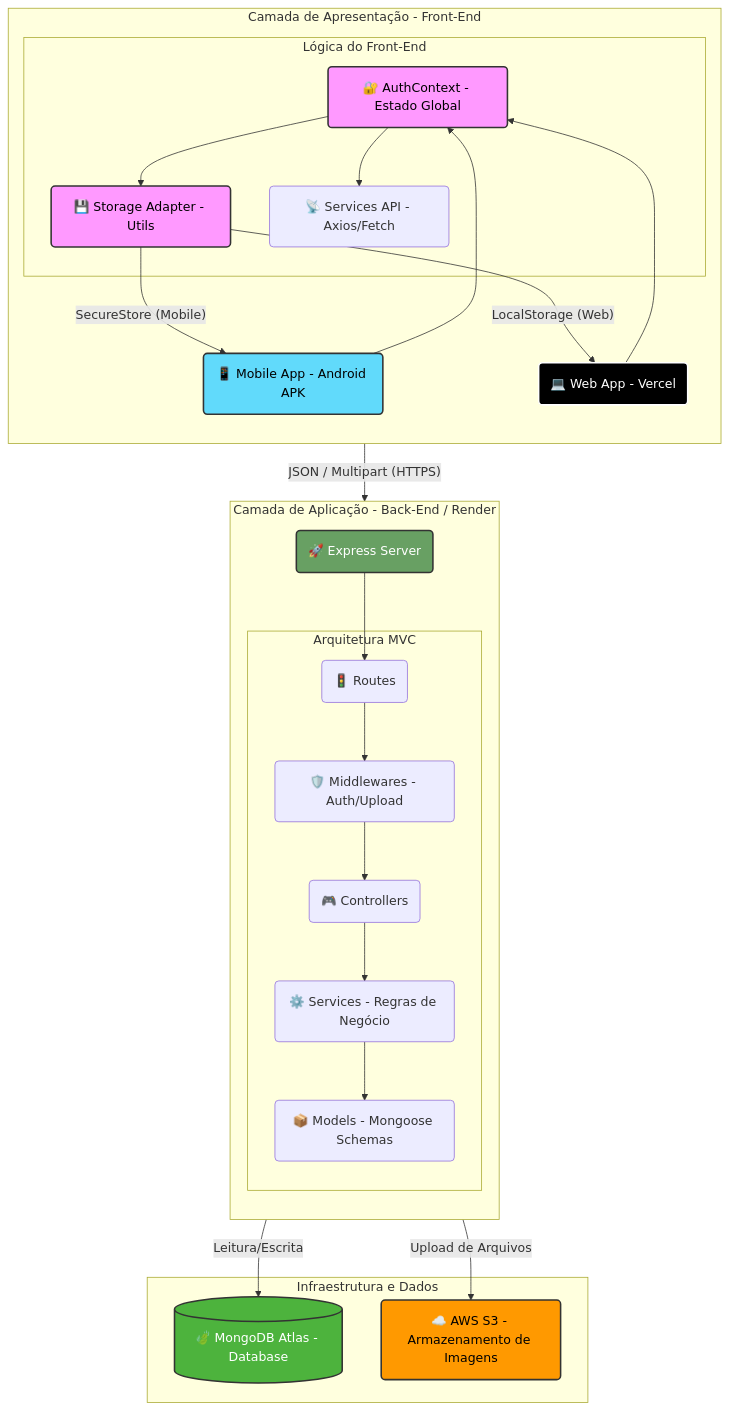
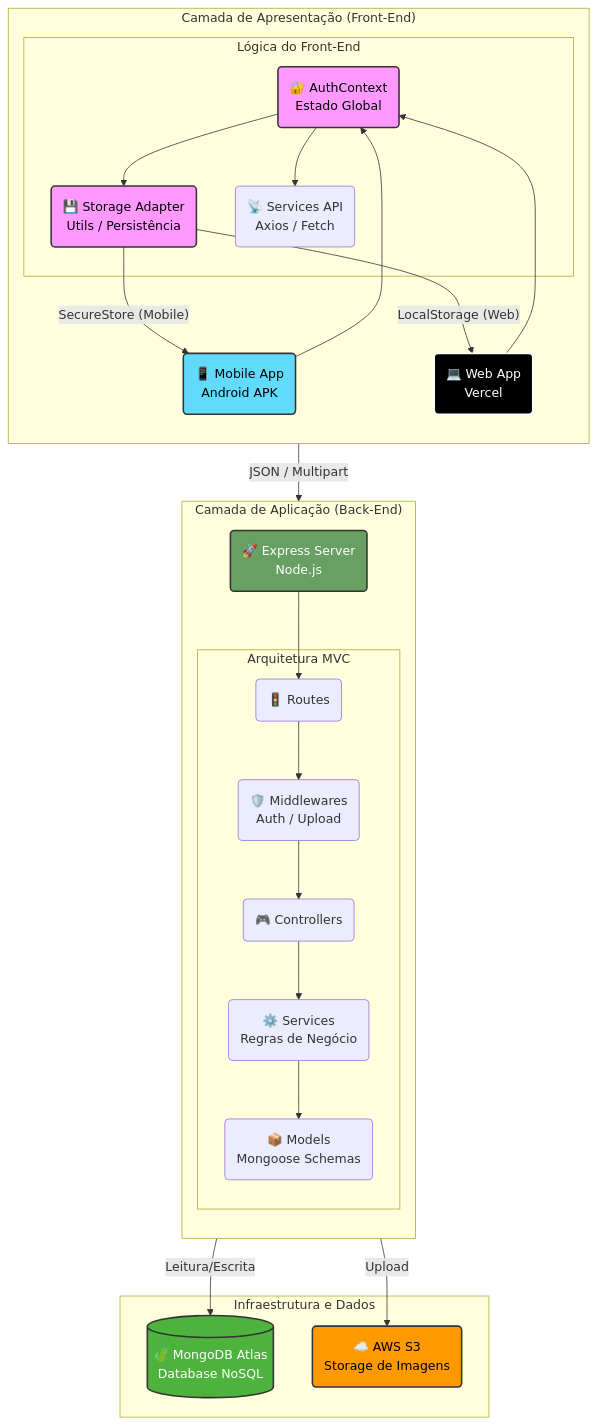
One commit to RNanWP/TCC4-Learnify-RnMobile-FullStack changed the first of 2 diagrams in README.md. Above: the diagram before and after it, drawn with Mermaid. The commit also changed other lines of this file, not shown here.

Commit message:
Feat: Atualizando graph

````diff
--- a/README.md
+++ b/README.md
@@ -78,62 +82,62 @@
 ```mermaid
     graph TD
     %% Estilos dos nós
     classDef mobile fill:#61DAFB,stroke:#333,stroke-width:2px,color:black;
     classDef web fill:#000,stroke:#fff,stroke-width:2px,color:white;
     classDef backend fill:#68A063,stroke:#333,stroke-width:2px,color:white;
     classDef db fill:#4DB33D,stroke:#333,stroke-width:2px,color:white;
     classDef cloud fill:#FF9900,stroke:#333,stroke-width:2px,color:black;
     classDef context fill:#f9f,stroke:#333,stroke-width:2px,color:black;
 
-    subgraph Clientes ["Camada de Apresentação - Front-End"]
+    subgraph Clientes ["Camada de Apresentação (Front-End)"]
         direction TB
-        MobileApp(📱 Mobile App - Android APK):::mobile
-        WebApp(💻 Web App - Vercel):::web
+        MobileApp(📱 Mobile App<br/>Android APK):::mobile
+        WebApp(💻 Web App<br/>Vercel):::web
 
         subgraph Core ["Lógica do Front-End"]
-            AuthCtx(🔐 AuthContext - Estado Global):::context
-            Storage(💾 Storage Adapter - Utils):::context
-            Axios(📡 Services API - Axios/Fetch)
+            AuthContext(🔐 AuthContext<br/>Estado Global):::context
+            Storage(💾 Storage Adapter<br/>Utils / Persistência):::context
+            Axios(📡 Services API<br/>Axios / Fetch)
         end
     end
 
-    subgraph Servidor ["Camada de Aplicação - Back-End / Render"]
+    subgraph Servidor ["Camada de Aplicação (Back-End)"]
         direction TB
-        API(🚀 Express Server):::backend
+        API(🚀 Express Server<br/>Node.js):::backend
 
         subgraph MVC ["Arquitetura MVC"]
             Router(🚦 Routes)
-            Middlewares(🛡️ Middlewares - Auth/Upload)
+            Middlewares(🛡️ Middlewares<br/>Auth / Upload)
             Controllers(🎮 Controllers)
-            Services(⚙️ Services - Regras de Negócio)
-            Models(📦 Models - Mongoose Schemas)
+            Services(⚙️ Services<br/>Regras de Negócio)
+            Models(📦 Models<br/>Mongoose Schemas)
         end
     end
 
     subgraph Infra ["Infraestrutura e Dados"]
-        MongoDB[(🍃 MongoDB Atlas - Database)]:::db
-        AWS_S3(☁️ AWS S3 - Armazenamento de Imagens):::cloud
+        MongoDB[(🍃 MongoDB Atlas<br/>Database NoSQL)]:::db
+        AWS_S3(☁️ AWS S3<br/>Storage de Imagens):::cloud
     end
 
     %% Relacionamentos
-    MobileApp --> AuthCtx
-    WebApp --> AuthCtx
+    MobileApp --> AuthContext
+    WebApp --> AuthContext
 
-    AuthCtx --> Storage
-    AuthCtx --> Axios
+    AuthContext --> Storage
+    AuthContext --> Axios
 
     Storage -- "SecureStore (Mobile)" --> MobileApp
     Storage -- "LocalStorage (Web)" --> WebApp
 
-    Axios -- "JSON / Multipart (HTTPS)" --> API
+    Axios -- "JSON / Multipart" --> API
 
     API --> Router
     Router --> Middlewares
     Middlewares --> Controllers
 
     Controllers --> Services
     Services --> Models
 
     Models -- "Leitura/Escrita" --> MongoDB
-    Middlewares -- "Upload de Arquivos" --> AWS_S3
+    Middlewares -- "Upload" --> AWS_S3
 ```
````
